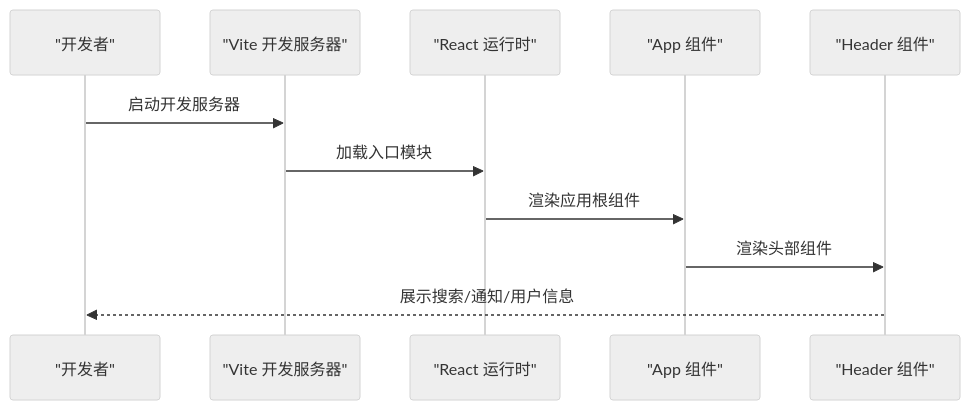
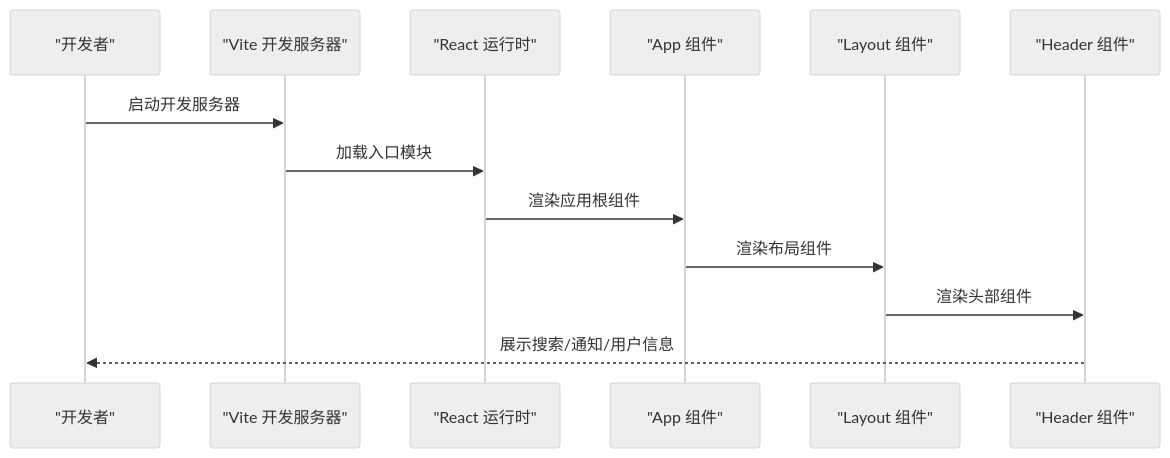
Before and after one commit to xianjianshenqu/SalesFlow-CRM: the sixth of 7 diagrams in .qoder/repowiki/zh/content/核心组件/头部组件 (Header).md, drawn with Mermaid (neutral theme). The commit also changed other lines of this file and 17 other files, not shown here.

````diff
--- a/.qoder/repowiki/zh/content/核心组件/头部组件 (Header).md
+++ b/.qoder/repowiki/zh/content/核心组件/头部组件 (Header).md
@@ -217,13 +264,15 @@
 ```mermaid
 sequenceDiagram
 participant Dev as "开发者"
 participant Vite as "Vite 开发服务器"
 participant React as "React 运行时"
 participant App as "App 组件"
+participant Layout as "Layout 组件"
 participant Header as "Header 组件"
 Dev->>Vite : 启动开发服务器
 Vite->>React : 加载入口模块
 React->>App : 渲染应用根组件
-App->>Header : 渲染头部组件
+App->>Layout : 渲染布局组件
+Layout->>Header : 渲染头部组件
 Header-->>Dev : 展示搜索/通知/用户信息
 ```
````
